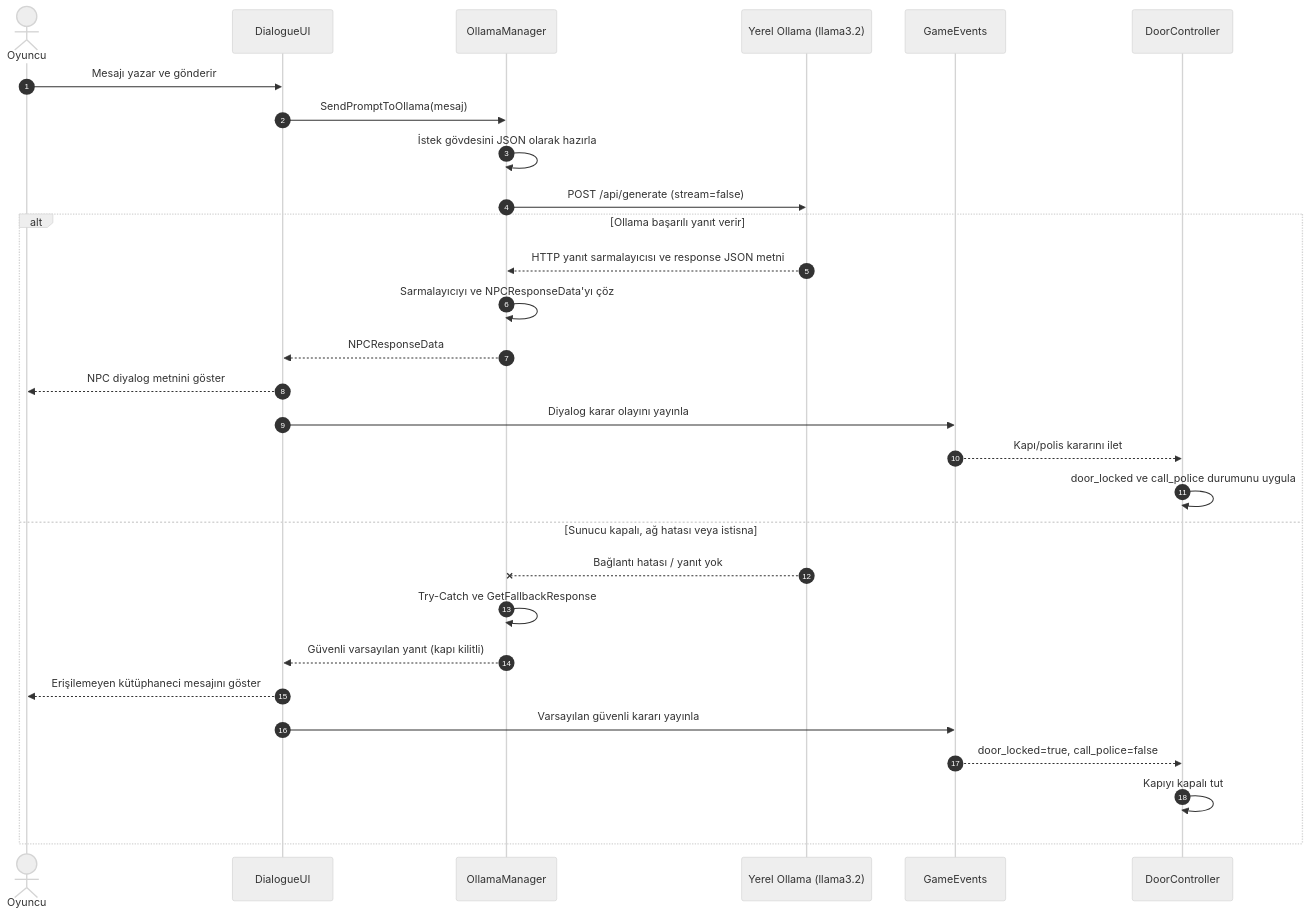
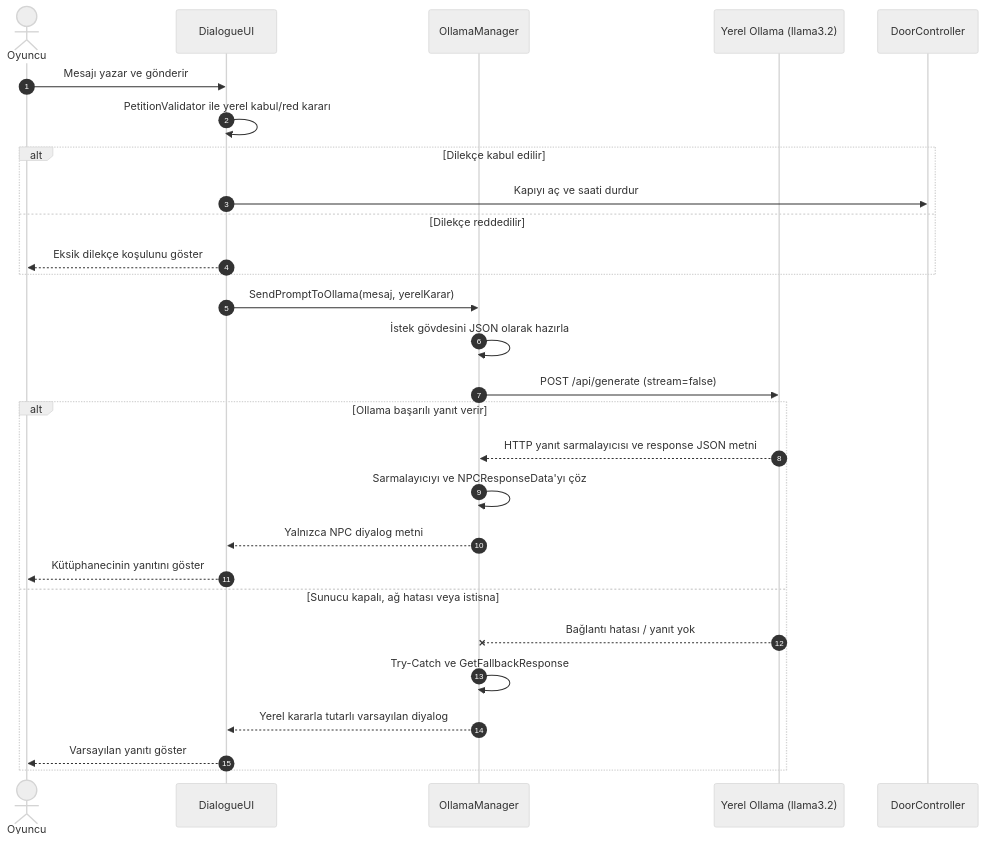
The second of 2 diagrams in README.md (elifgngrn/Breakpoint-GameDev), drawn with Mermaid (neutral theme) before and after one commit. The commit also changed other lines of this file and 24 other files, not shown here.

````diff
--- a/README.md
+++ b/README.md
@@ -136,32 +125,31 @@
 ```mermaid
 sequenceDiagram
     autonumber
     actor P as Oyuncu
     participant UI as DialogueUI
     participant OM as OllamaManager
     participant L as Yerel Ollama (llama3.2)
-    participant E as GameEvents
     participant D as DoorController
 
     P->>UI: Mesajı yazar ve gönderir
-    UI->>OM: SendPromptToOllama(mesaj)
+    UI->>UI: PetitionValidator ile yerel kabul/red kararı
+    alt Dilekçe kabul edilir
+        UI->>D: Kapıyı aç ve saati durdur
+    else Dilekçe reddedilir
+        UI-->>P: Eksik dilekçe koşulunu göster
+    end
+    UI->>OM: SendPromptToOllama(mesaj, yerelKarar)
     OM->>OM: İstek gövdesini JSON olarak hazırla
     OM->>L: POST /api/generate (stream=false)
     alt Ollama başarılı yanıt verir
         L-->>OM: HTTP yanıt sarmalayıcısı ve response JSON metni
         OM->>OM: Sarmalayıcıyı ve NPCResponseData'yı çöz
-        OM-->>UI: NPCResponseData
-        UI-->>P: NPC diyalog metnini göster
-        UI->>E: Diyalog karar olayını yayınla
-        E-->>D: Kapı/polis kararını ilet
-        D->>D: door_locked ve call_police durumunu uygula
+        OM-->>UI: Yalnızca NPC diyalog metni
+        UI-->>P: Kütüphanecinin yanıtını göster
     else Sunucu kapalı, ağ hatası veya istisna
         L--xOM: Bağlantı hatası / yanıt yok
         OM->>OM: Try-Catch ve GetFallbackResponse
-        OM-->>UI: Güvenli varsayılan yanıt (kapı kilitli)
-        UI-->>P: Erişilemeyen kütüphaneci mesajını göster
-        UI->>E: Varsayılan güvenli kararı yayınla
-        E-->>D: door_locked=true, call_police=false
-        D->>D: Kapıyı kapalı tut
+        OM-->>UI: Yerel kararla tutarlı varsayılan diyalog
+        UI-->>P: Varsayılan yanıtı göster
     end
 ```
````
